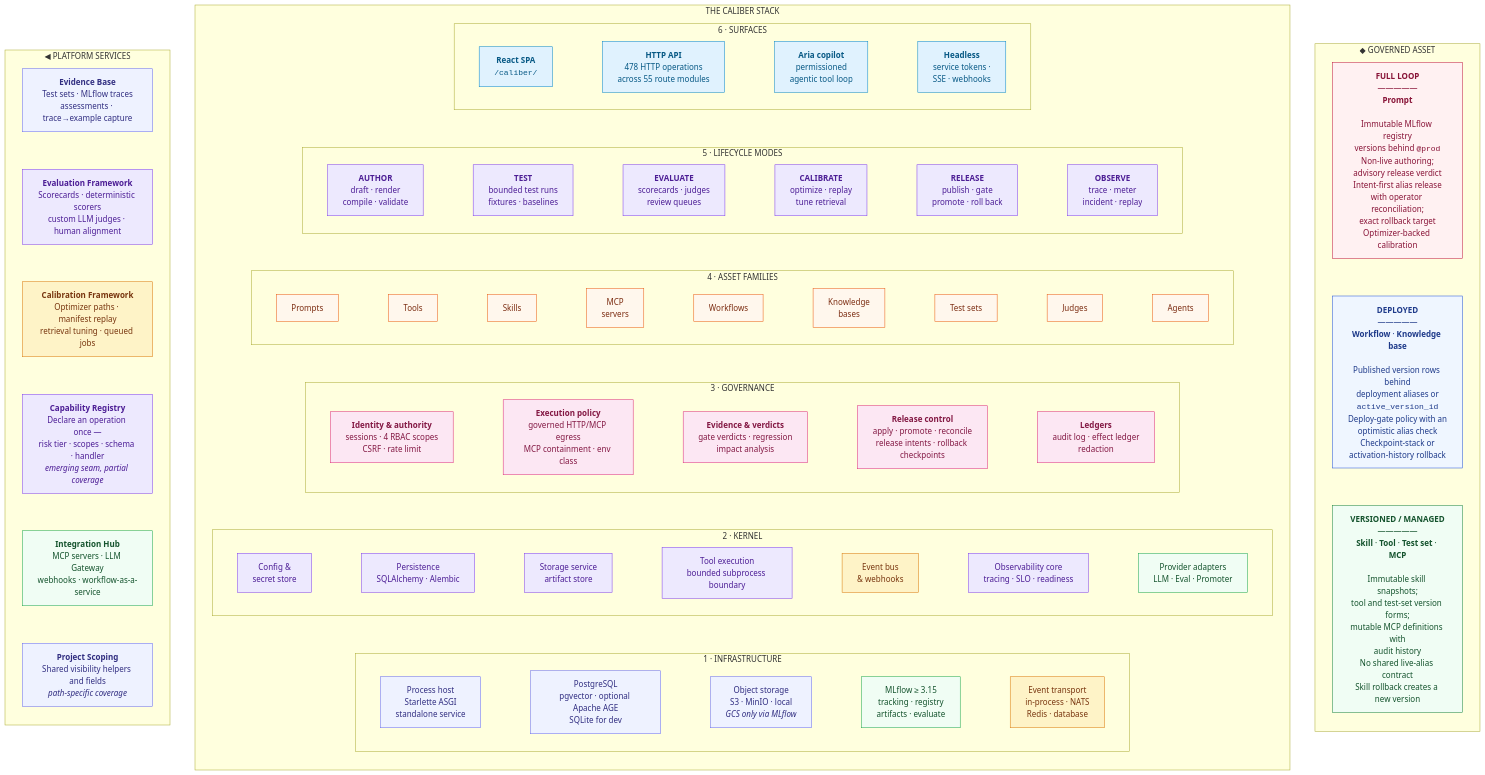
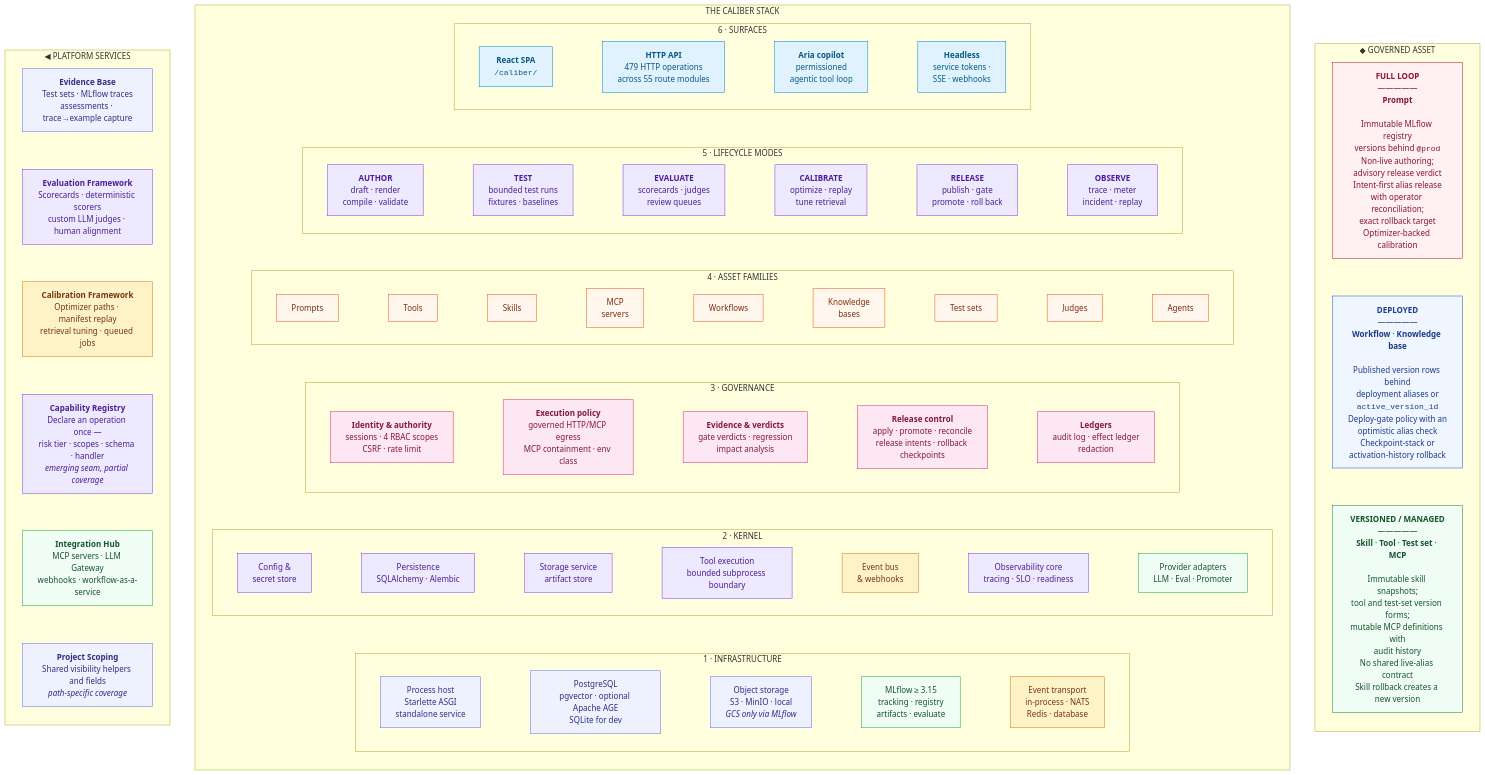
The first of 8 diagrams in ARCHITECTURE.md (rrahimi-uci/caliber-suite), drawn with Mermaid before and after one commit. The commit also changed 38 other files, not shown here.

```diff
--- a/ARCHITECTURE.md
+++ b/ARCHITECTURE.md
@@ -105,7 +105,7 @@
     subgraph L6["6 · SURFACES"]
       direction LR
       s1["<b>React SPA</b><br/><code>/caliber/</code>"]:::ui
-      s2["<b>HTTP API</b><br/>478 HTTP operations<br/>across 55 route modules"]:::ui
+      s2["<b>HTTP API</b><br/>479 HTTP operations<br/>across 55 route modules"]:::ui
       s3["<b>Aria copilot</b><br/>permissioned<br/>agentic tool loop"]:::ui
       s4["<b>Headless</b><br/>service tokens ·<br/>SSE · webhooks"]:::ui
       s1 --- s2 --- s3 --- s4
```
